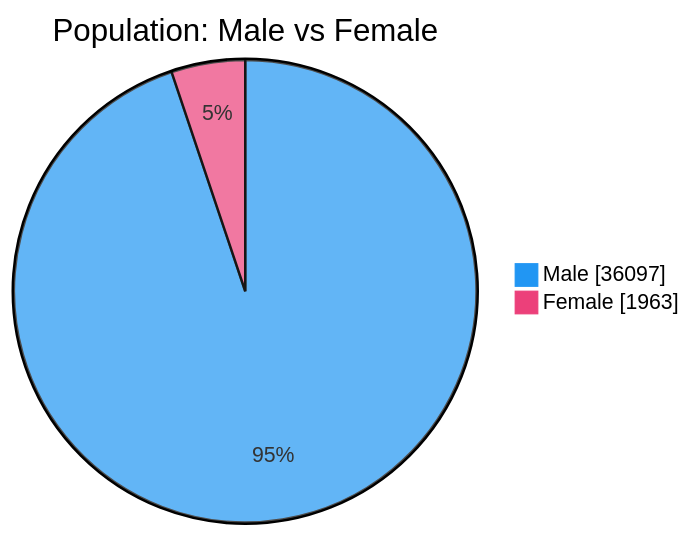
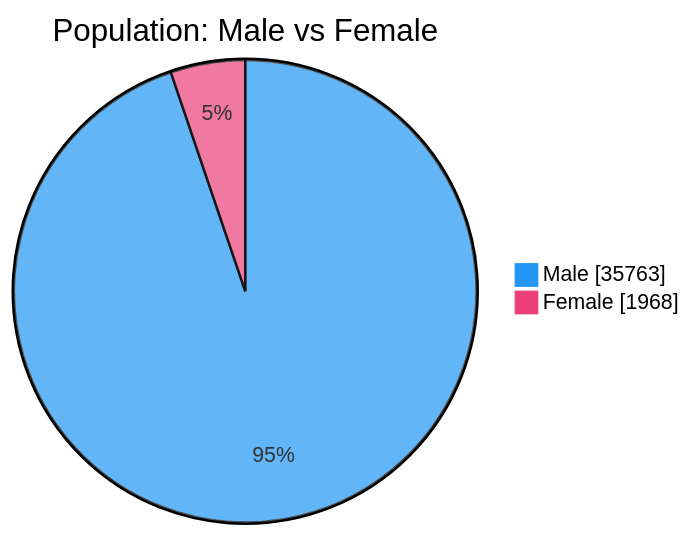
Before and after one commit to nuuuwan/lk_prisons: the second of 7 diagrams in README.md, drawn with Mermaid. The commit also changed other lines of this file and 1 other file, not shown here.

````diff
--- a/README.md
+++ b/README.md
@@ -54,6 +54,6 @@
 ```mermaid
 %%{init: {'themeVariables': {'pie1': '#2196F3', 'pie2': '#EC407A'}}}%%
 pie showData title Population: Male vs Female
-    "Male" : 36097
-    "Female" : 1963
+    "Male" : 35763
+    "Female" : 1968
 ```
````
